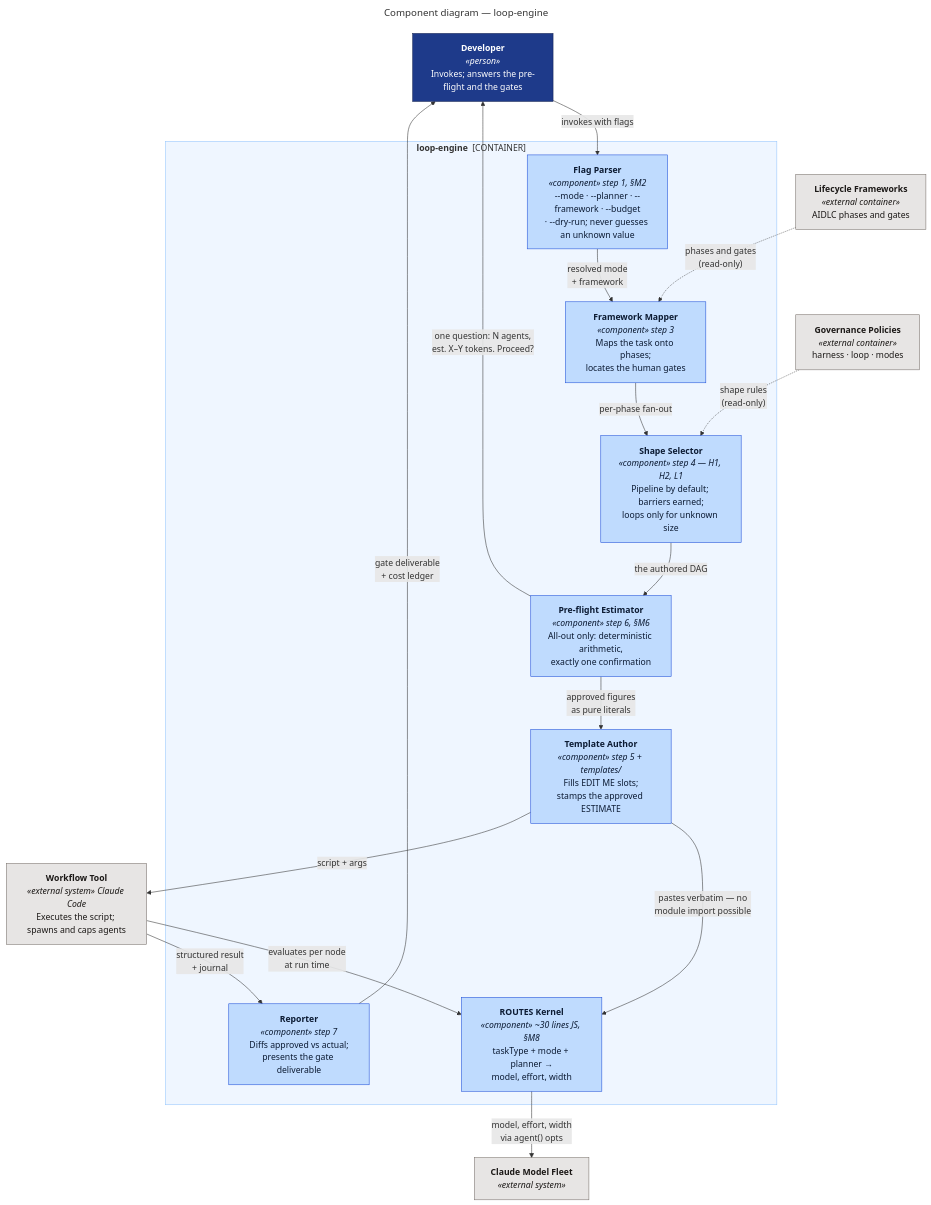
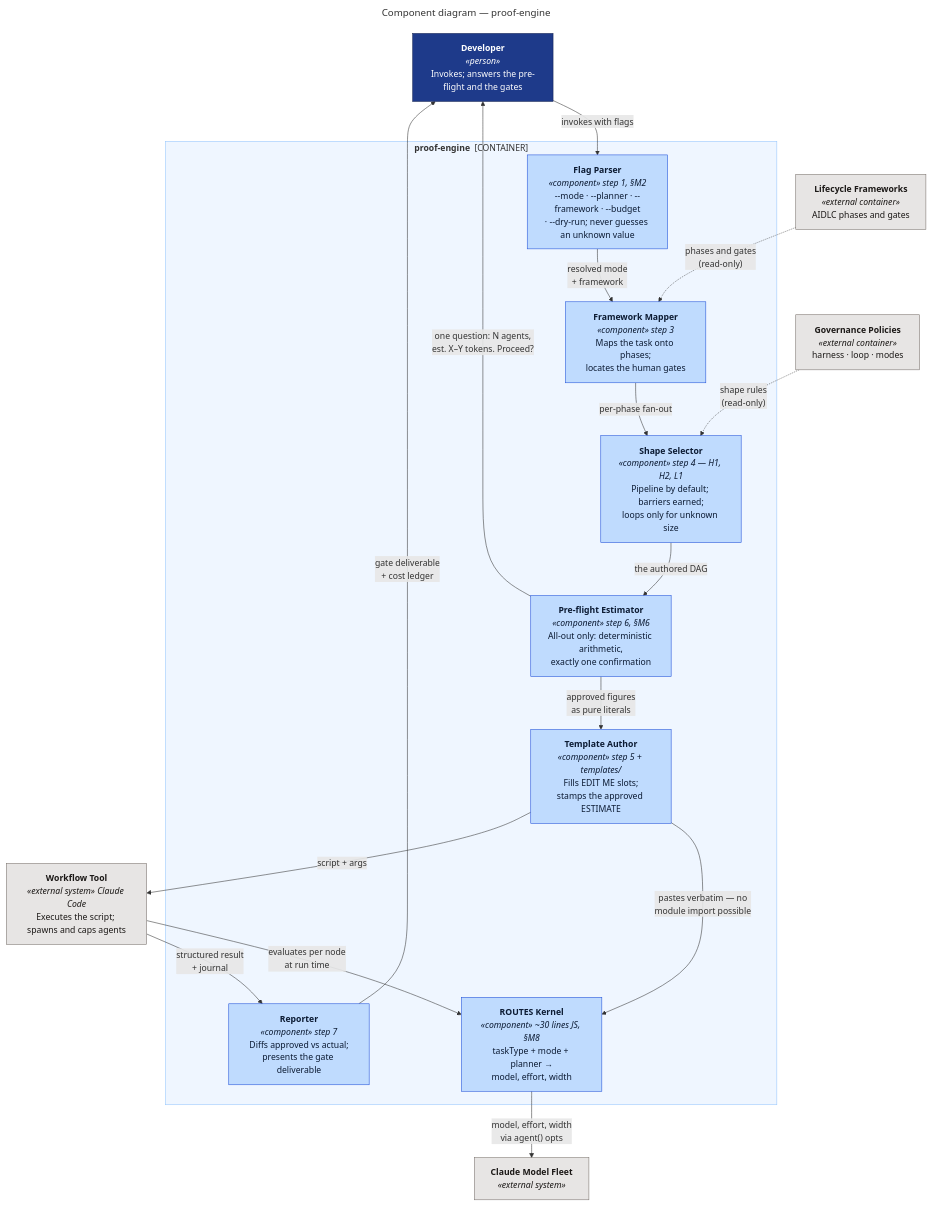
The diagram in docs/c4/diagrams/src/component-engine.mmd (santapong/Proof), drawn with Mermaid before and after one commit. The commit also changed 462 other files, not shown here.

```diff
--- a/docs/c4/diagrams/src/component-engine.mmd
+++ b/docs/c4/diagrams/src/component-engine.mmd
@@ -1,45 +1,45 @@
 ---
-title: "Component diagram — loop-engine"
+title: "Component diagram — proof-engine"
 ---
 flowchart TB
     dev["<b>Developer</b><br/><i>«person»</i><br/>Invokes; answers the pre-flight and the gates"]
 
-    subgraph engine["<b>loop-engine</b> &nbsp;[CONTAINER]"]
+    subgraph engine["<b>proof-engine</b> &nbsp;[CONTAINER]"]
         parser["<b>Flag Parser</b><br/><i>«component» step 1, §M2</i><br/>--mode · --planner · --framework · --budget<br/>· --dry-run; never guesses an unknown value"]
         mapper["<b>Framework Mapper</b><br/><i>«component» step 3</i><br/>Maps the task onto phases;<br/>locates the human gates"]
         shaper["<b>Shape Selector</b><br/><i>«component» step 4 — H1, H2, L1</i><br/>Pipeline by default; barriers earned;<br/>loops only for unknown size"]
         preflight["<b>Pre-flight Estimator</b><br/><i>«component» step 6, §M6</i><br/>All-out only: deterministic arithmetic,<br/>exactly one confirmation"]
         author["<b>Template Author</b><br/><i>«component» step 5 + templates/</i><br/>Fills EDIT ME slots;<br/>stamps the approved ESTIMATE"]
         routes["<b>ROUTES Kernel</b><br/><i>«component» ~30 lines JS, §M8</i><br/>taskType + mode + planner →<br/>model, effort, width"]
         reporter["<b>Reporter</b><br/><i>«component» step 7</i><br/>Diffs approved vs actual;<br/>presents the gate deliverable"]
     end
 
     policy["<b>Governance Policies</b><br/><i>«external container»</i><br/>harness · loop · modes"]
     frameworks["<b>Lifecycle Frameworks</b><br/><i>«external container»</i><br/>AIDLC phases and gates"]
     wf["<b>Workflow Tool</b><br/><i>«external system» Claude Code</i><br/>Executes the script; spawns and caps agents"]
     fleet["<b>Claude Model Fleet</b><br/><i>«external system»</i>"]
 
     dev -- "invokes with flags" --> parser
     parser -- "resolved mode<br/>+ framework" --> mapper
     frameworks -. "phases and gates<br/>(read-only)" .-> mapper
     mapper -- "per-phase fan-out" --> shaper
     policy -. "shape rules<br/>(read-only)" .-> shaper
     shaper -- "the authored DAG" --> preflight
     preflight -- "one question: N agents,<br/>est. X–Y tokens. Proceed?" --> dev
     preflight -- "approved figures<br/>as pure literals" --> author
     author -- "pastes verbatim — no<br/>module import possible" --> routes
     author -- "script + args" --> wf
     wf -- "evaluates per node<br/>at run time" --> routes
     routes -- "model, effort, width<br/>via agent() opts" --> fleet
     wf -- "structured result<br/>+ journal" --> reporter
     reporter -- "gate deliverable<br/>+ cost ledger" --> dev
 
     classDef person fill:#1E3A8A,stroke:#172554,color:#fff
     classDef component fill:#BFDBFE,stroke:#1D4ED8,color:#0C1B33
     classDef ext fill:#E7E5E4,stroke:#78716C,color:#1C1917
     classDef extc fill:#E7E5E4,stroke:#78716C,color:#1C1917
     class dev person
     class parser,mapper,shaper,preflight,author,routes,reporter component
     class wf,fleet ext
     class policy,frameworks extc
     style engine fill:#EFF6FF,stroke:#93C5FD
```
